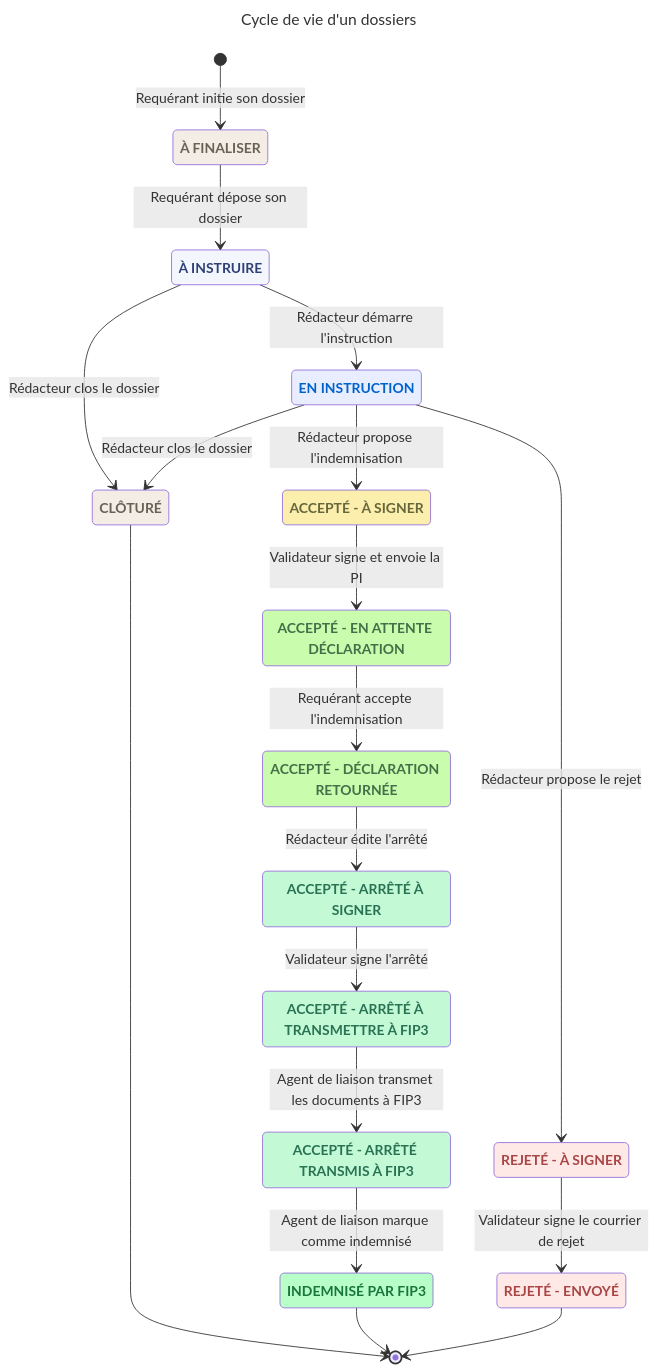
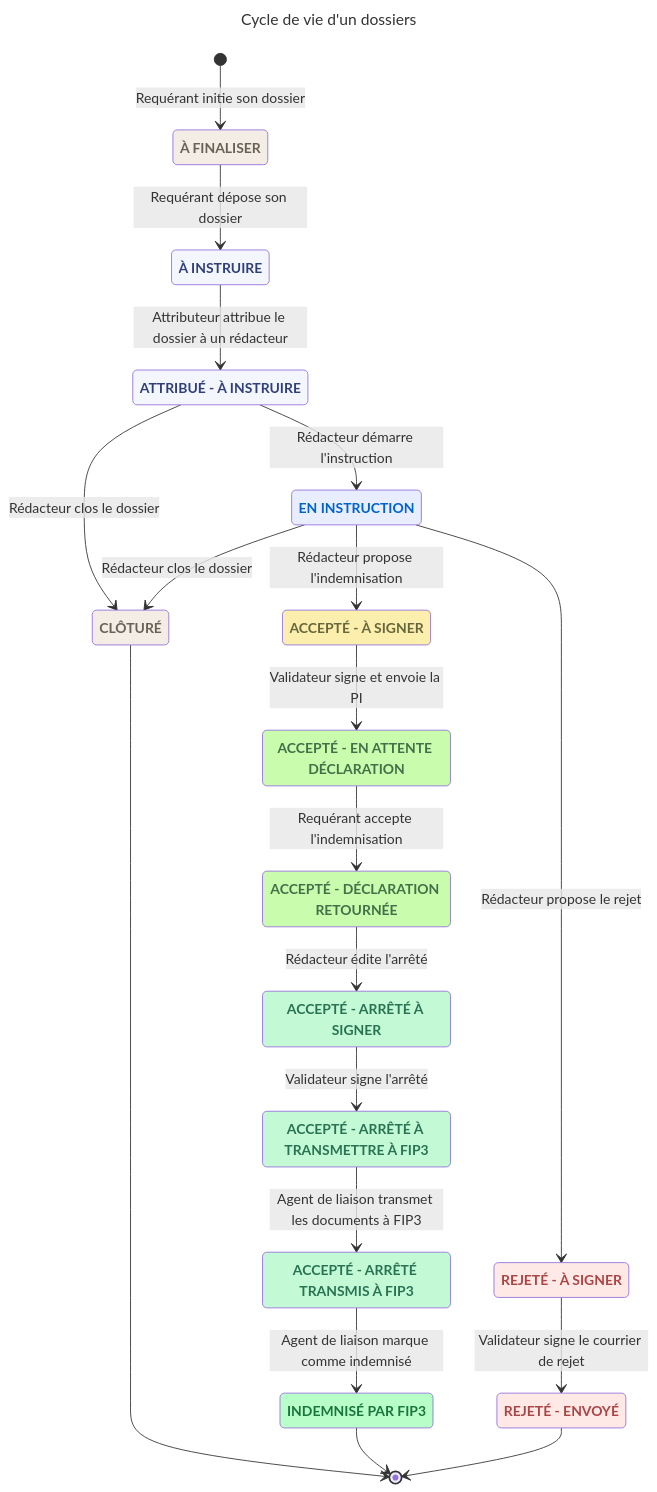
Before and after one commit to betagouv/mon-indemnisation-justice: the diagram in docs/004-Cycle de vie d'un dossier.md, drawn with Mermaid. The commit also changed other lines of this file and 11 other files, not shown here.

````diff
--- a/docs/004-Cycle de vie d'un dossier.md
+++ b/docs/004-Cycle de vie d'un dossier.md
@@ -29,53 +30,56 @@
 ```mermaid
 ---
 title: Cycle de vie d'un dossiers
 ---
 stateDiagram-v2
     direction TB
 
     classDef a_finaliser font-weight:bold,text-transform:uppercase,color:#6a6156,fill:#f3ede5
+    classDef a_attribuer font-weight:bold,text-transform:uppercase,color:#2f4077,fill:#f4f6fe
     classDef a_instruire font-weight:bold,text-transform:uppercase,color:#2f4077,fill:#f4f6fe
     classDef en_instruction font-weight:bold,text-transform:uppercase,color:#0063cb,fill:#e8edff
     classDef cloture font-weight:bold,text-transform:uppercase,color:#6a6156,fill:#f3ede5
     classDef ok_a_signer font-weight:bold,text-transform:uppercase,color:#66673d,fill:#fceeac
     classDef ok_a_approuver font-weight:bold,text-transform:uppercase,color:#447049,fill:#c9fcac
     classDef ok_a_verifier font-weight:bold,text-transform:uppercase,color:#447049,fill:#c9fcac
     classDef ok_verifie font-weight:bold,text-transform:uppercase,color:#297254,fill:#c3fad5
     classDef ok_a_indemniser font-weight:bold,text-transform:uppercase,color:#297254,fill:#c3fad5
     classDef ok_en_attente_paiement font-weight:bold,text-transform:uppercase,color:#297254,fill:#c3fad5
     classDef ok_indemnise font-weight:bold,text-transform:uppercase,color:#18753c,fill:#b8fec9
     classDef ko_a_signer font-weight:bold,text-transform:uppercase,color:#a94645,fill:#fee9e7
     classDef ko_rejete font-weight:bold,text-transform:uppercase,color:#ce0500,fill:#ffe9e9
 
     A_FINALISER: À finaliser
-    A_INSTRUIRE: À instruire
+    A_ATTRIBUER: À instruire
+    A_INSTRUIRE: Attribué - à instruire
     EN_INSTRUCTION: En instruction
     CLOTURE: Clôturé
     OK_A_SIGNER: Accepté - à signer
     OK_A_APPROUVER: Accepté - en attente déclaration
     OK_A_VERIFIER: Accepté - déclaration retournée
     OK_VERIFIE: Accepté - arrêté à signer
     OK_A_INDEMNISER: Accepté - arrêté à transmettre à FIP3
     OK_EN_ATTENTE_PAIEMENT: Accepté - arrêté transmis à FIP3
     OK_INDEMNISE: Indemnisé par FIP3
     KO_A_SIGNER: Rejeté - à signer
     KO_REJETE: Rejeté - envoyé
 
     [*] --> A_FINALISER :::a_finaliser : Requérant initie son dossier
-    A_FINALISER --> A_INSTRUIRE ::: a_instruire : Requérant dépose son dossier
+    A_FINALISER --> A_ATTRIBUER ::: a_instruire : Requérant dépose son dossier
+    A_ATTRIBUER --> A_INSTRUIRE ::: a_instruire : Attributeur attribue le dossier à un rédacteur
     A_INSTRUIRE --> EN_INSTRUCTION ::: en_instruction : Rédacteur démarre l'instruction
     A_INSTRUIRE --> CLOTURE ::: cloture : Rédacteur clos le dossier
     EN_INSTRUCTION --> CLOTURE ::: cloture : Rédacteur clos le dossier
     CLOTURE --> [*]
     EN_INSTRUCTION --> OK_A_SIGNER ::: ok_a_signer : Rédacteur propose l'indemnisation
     OK_A_SIGNER --> OK_A_APPROUVER ::: ok_a_approuver : Validateur signe et envoie la PI
     OK_A_APPROUVER --> OK_A_VERIFIER ::: ok_a_verifier : Requérant accepte l'indemnisation
     OK_A_VERIFIER --> OK_VERIFIE ::: ok_verifie : Rédacteur édite l'arrêté
     OK_VERIFIE --> OK_A_INDEMNISER ::: ok_a_indemniser : Validateur signe l'arrêté
     OK_A_INDEMNISER --> OK_EN_ATTENTE_PAIEMENT ::: ok_en_attente_paiement : Agent de liaison transmet les documents à FIP3
     OK_EN_ATTENTE_PAIEMENT --> OK_INDEMNISE ::: ok_indemnise : Agent de liaison marque comme indemnisé
     OK_INDEMNISE --> [*]
     EN_INSTRUCTION --> KO_A_SIGNER ::: ko_a_signer : Rédacteur propose le rejet
     KO_A_SIGNER --> KO_REJETE ::: ko_a_signer : Validateur signe le courrier de rejet
     KO_REJETE --> [*]
 ```
````
